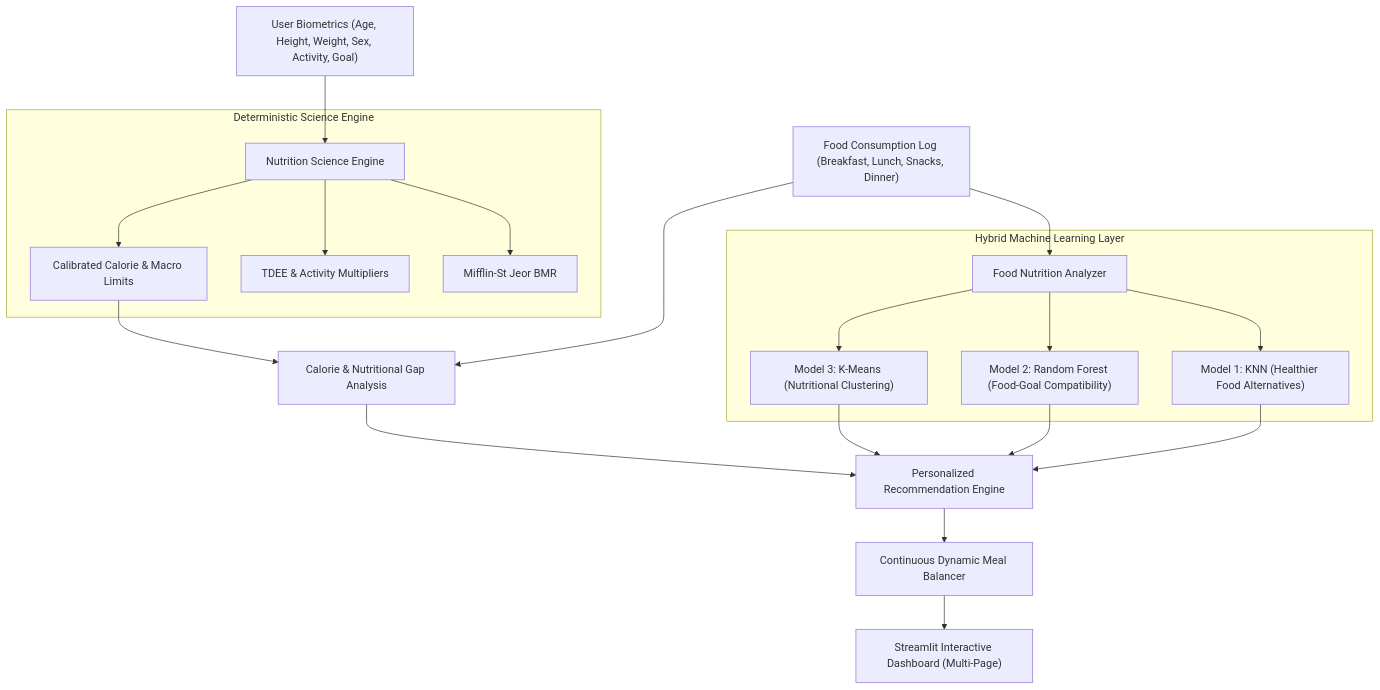
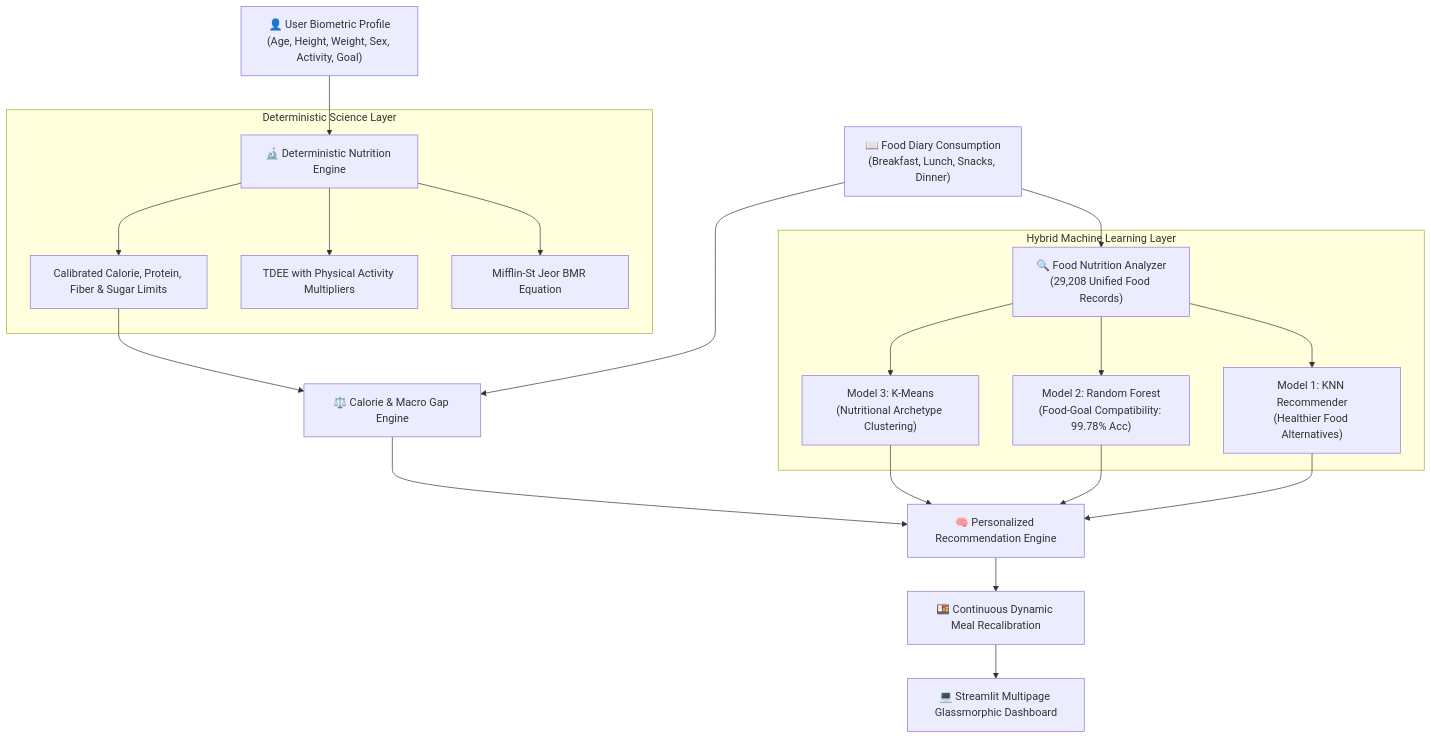
The diagram in README.md (Akshay-Notfound/NutriFit-AI), drawn with Mermaid before and after one commit. The commit also changed other lines of this file, not shown here.

Commit message:
docs: revamp README with badges, system architecture, math formulas, ML benchmarks, and live demo link

````diff
--- a/README.md
+++ b/README.md
@@ -24,28 +67,28 @@
 ```mermaid
 flowchart TD
-    User["User Biometrics (Age, Height, Weight, Sex, Activity, Goal)"] --> Engine["Nutrition Science Engine"]
-    FoodLog["Food Consumption Log (Breakfast, Lunch, Snacks, Dinner)"] --> FoodAnalyzer["Food Nutrition Analyzer"]
+    User["👤 User Biometric Profile\n(Age, Height, Weight, Sex, Activity, Goal)"] --> Engine["🔬 Deterministic Nutrition Engine"]
+    FoodLog["📖 Food Diary Consumption\n(Breakfast, Lunch, Snacks, Dinner)"] --> FoodAnalyzer["🔍 Food Nutrition Analyzer\n(29,208 Unified Food Records)"]
     
-    subgraph "Deterministic Science Engine"
-        Engine --> BMR["Mifflin-St Jeor BMR"]
-        Engine --> TDEE["TDEE & Activity Multipliers"]
-        Engine --> Targets["Calibrated Calorie & Macro Limits"]
+    subgraph "Deterministic Science Layer"
+        Engine --> BMR["Mifflin-St Jeor BMR Equation"]
+        Engine --> TDEE["TDEE with Physical Activity Multipliers"]
+        Engine --> Targets["Calibrated Calorie, Protein, Fiber & Sugar Limits"]
     end
 
     subgraph "Hybrid Machine Learning Layer"
-        FoodAnalyzer --> KNN["Model 1: KNN (Healthier Food Alternatives)"]
-        FoodAnalyzer --> RF["Model 2: Random Forest (Food-Goal Compatibility)"]
-        FoodAnalyzer --> KMeans["Model 3: K-Means (Nutritional Clustering)"]
+        FoodAnalyzer --> KNN["Model 1: KNN Recommender\n(Healthier Food Alternatives)"]
+        FoodAnalyzer --> RF["Model 2: Random Forest\n(Food-Goal Compatibility: 99.78% Acc)"]
+        FoodAnalyzer --> KMeans["Model 3: K-Means\n(Nutritional Archetype Clustering)"]
     end
 
-    Targets --> Balance["Calorie & Nutritional Gap Analysis"]
+    Targets --> Balance["⚖️ Calorie & Macro Gap Engine"]
     FoodLog --> Balance
     
-    KNN --> RecEngine["Personalized Recommendation Engine"]
+    KNN --> RecEngine["🧠 Personalized Recommendation Engine"]
     RF --> RecEngine
     KMeans --> RecEngine
     Balance --> RecEngine
 
-    RecEngine --> Dynamic["Continuous Dynamic Meal Balancer"]
-    Dynamic --> UI["Streamlit Interactive Dashboard (Multi-Page)"]
+    RecEngine --> Dynamic["🍱 Continuous Dynamic Meal Recalibration"]
+    Dynamic --> UI["💻 Streamlit Multipage Glassmorphic Dashboard"]
 ```
````
